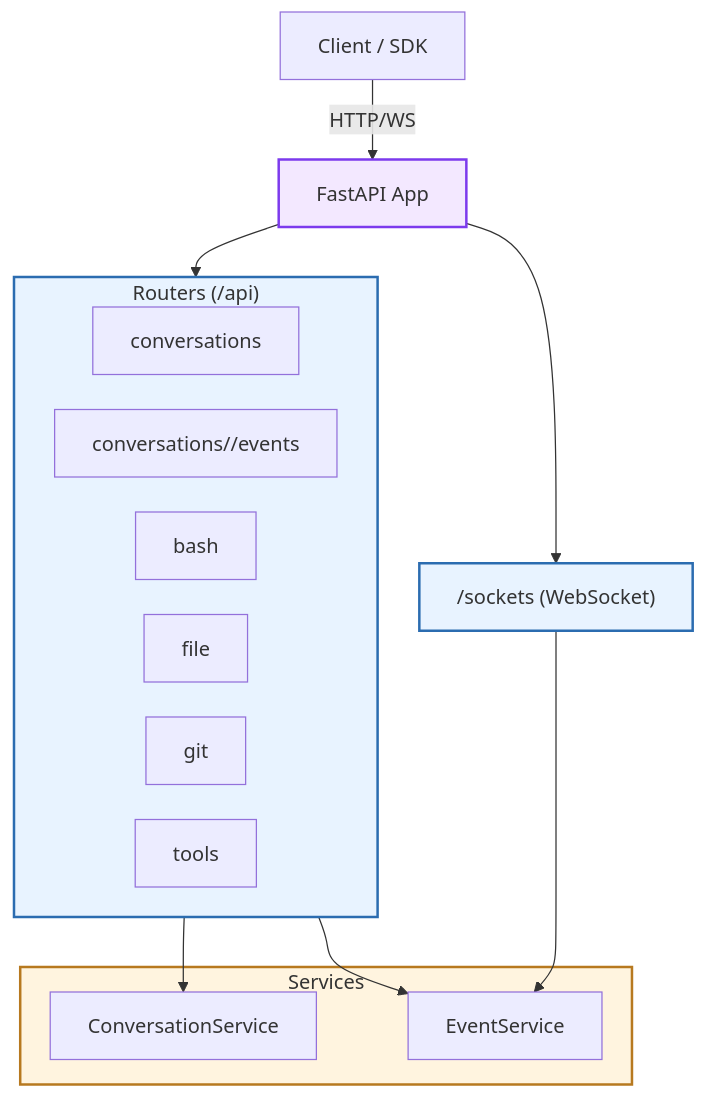
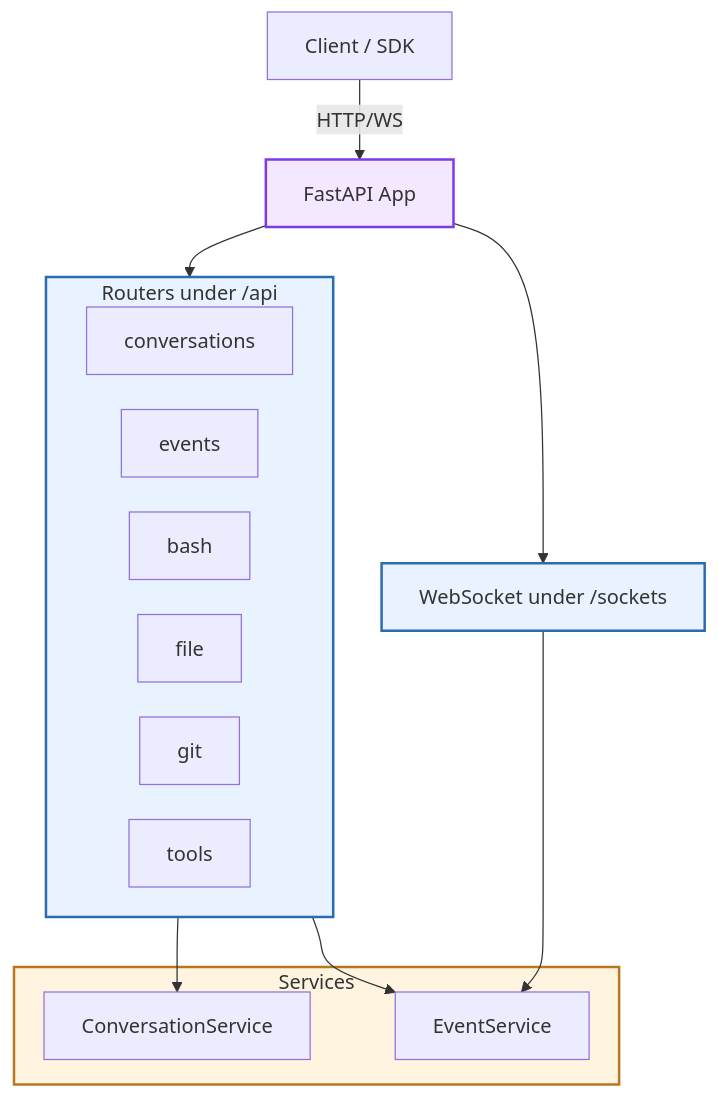
Before and after one commit to OpenHands/docs: the first of 3 diagrams in sdk/arch/agent-server.mdx, drawn with Mermaid. The commit also changed other lines of this file and 5 other files, not shown here.

First line of the commit message:
docs: consolidate agent-server architecture and guides pages

````diff
--- a/sdk/arch/agent-server.mdx
+++ b/sdk/arch/agent-server.mdx
@@ -22,36 +24,36 @@
 ```mermaid
 %%{init: {"theme": "default", "flowchart": {"nodeSpacing": 28, "rankSpacing": 40}} }%%
 flowchart TB
     Client[Client / SDK] -->|HTTP/WS| API[FastAPI App]
 
-    subgraph Routers["Routers (/api)"]
+    subgraph Routers["Routers under /api"]
         Conv[conversations]
-        Events[conversations/<id>/events]
+        Events[events]
         Bash[bash]
         File[file]
         Git[git]
         Tools[tools]
     end
 
-    WS["/sockets (WebSocket)"]
+    WS["WebSocket under /sockets"]
 
     API --> Routers
     API --> WS
 
     subgraph Services[Services]
         ConvSvc[ConversationService]
         EventSvc[EventService]
     end
 
     Routers --> ConvSvc
     Routers --> EventSvc
     WS --> EventSvc
 
     classDef primary fill:#f3e8ff,stroke:#7c3aed,stroke-width:2px
     classDef secondary fill:#e8f3ff,stroke:#2b6cb0,stroke-width:2px
     classDef tertiary fill:#fff4df,stroke:#b7791f,stroke-width:2px
 
     class API primary
     class Routers,WS secondary
     class Services tertiary
 ```
````
